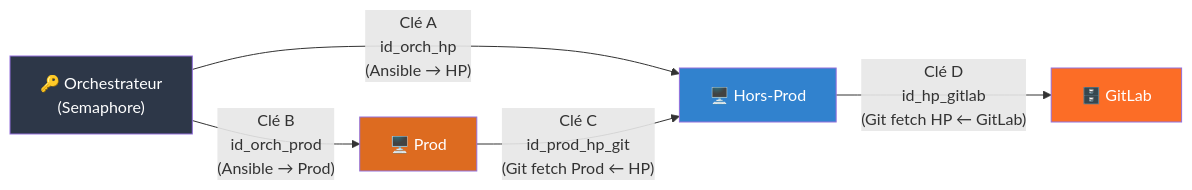
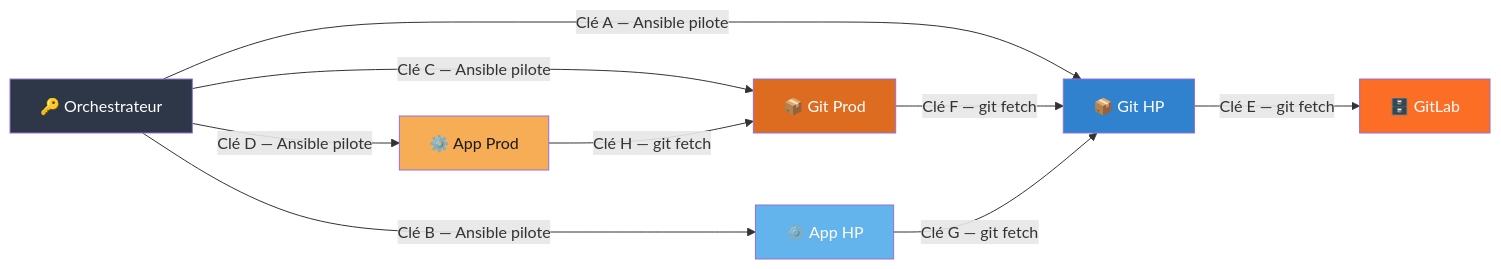
One commit to s4uroon/CI-CD changed the second of 3 diagrams in docs/architecture.md. Above: the diagram before and after it, drawn with Mermaid. The commit also changed other lines of this file and 22 other files, not shown here.

First line of the commit message:
refactor: split Git and App servers into separate hosts

````diff
--- a/docs/architecture.md
+++ b/docs/architecture.md
@@ -54,17 +61,26 @@
 ```mermaid
 graph LR
-    ORCH["🔑 Orchestrateur\n(Semaphore)"]
-    HP["🖥️ Hors-Prod"]
-    PROD["🖥️ Prod"]
+    ORCH["🔑 Orchestrateur"]
+    GIT_HP["📦 Git HP"]
+    APP_HP["⚙️ App HP"]
+    GIT_PROD["📦 Git Prod"]
+    APP_PROD["⚙️ App Prod"]
     GITLAB["🗄️ GitLab"]
 
-    ORCH -->|"Clé A\nid_orch_hp\n(Ansible → HP)"| HP
-    ORCH -->|"Clé B\nid_orch_prod\n(Ansible → Prod)"| PROD
-    PROD -->|"Clé C\nid_prod_hp_git\n(Git fetch Prod ← HP)"| HP
-    HP   -->|"Clé D\nid_hp_gitlab\n(Git fetch HP ← GitLab)"| GITLAB
+    ORCH -->|"Clé A — Ansible pilote"| GIT_HP
+    ORCH -->|"Clé B — Ansible pilote"| APP_HP
+    ORCH -->|"Clé C — Ansible pilote"| GIT_PROD
+    ORCH -->|"Clé D — Ansible pilote"| APP_PROD
+
+    GIT_HP   -->|"Clé E — git fetch"| GITLAB
+    GIT_PROD -->|"Clé F — git fetch"| GIT_HP
+    APP_HP   -->|"Clé G — git fetch"| GIT_HP
+    APP_PROD -->|"Clé H — git fetch"| GIT_PROD
 
     style ORCH fill:#2d3748,color:#fff
-    style HP fill:#3182ce,color:#fff
-    style PROD fill:#dd6b20,color:#fff
+    style GIT_HP fill:#3182ce,color:#fff
+    style APP_HP fill:#63b3ed,color:#fff
+    style GIT_PROD fill:#dd6b20,color:#fff
+    style APP_PROD fill:#f6ad55,color:#1a1a1a
     style GITLAB fill:#fc6d26,color:#fff
 ```
````
